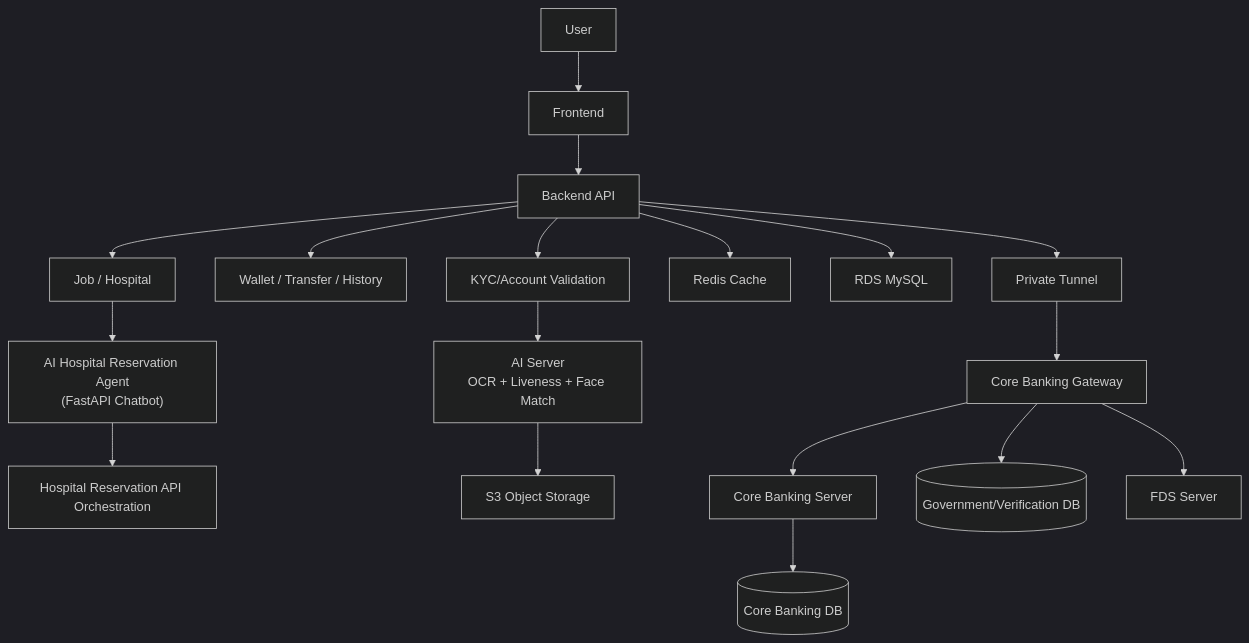
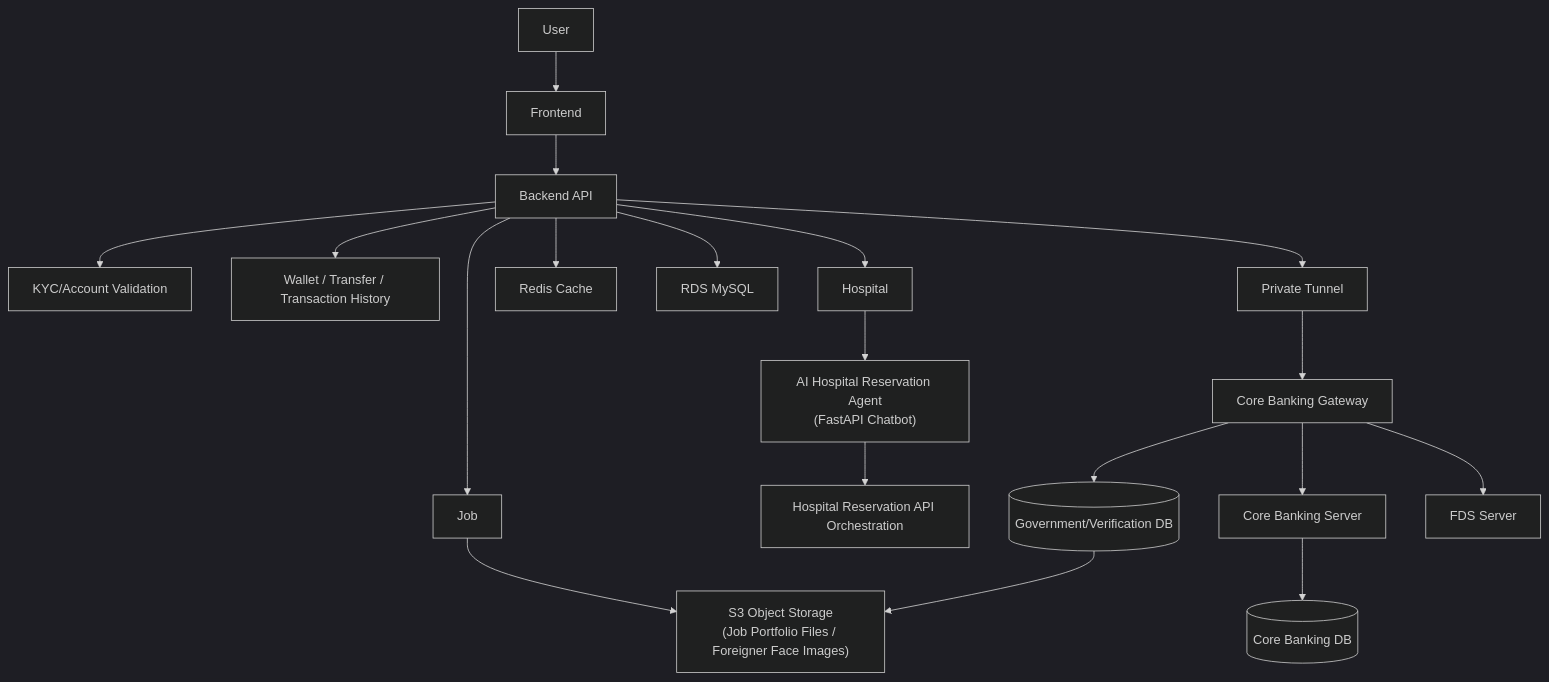
The fourth of 4 diagrams in AGENTS.md (jaepar/NOVA), drawn with Mermaid (dark theme) before and after one commit. The commit also changed other lines of this file, not shown here.

````diff
--- a/AGENTS.md
+++ b/AGENTS.md
@@ -69,25 +70,26 @@
 ```mermaid
 flowchart TD
     User["User"] --> FE["Frontend"]
     FE --> API["Backend API"]
 
     API --> Auth["KYC/Account Validation"]
-    API --> Wallet["Wallet / Transfer / History"]
-    API --> NonFin["Job / Hospital"]
+    API --> Wallet["Wallet / Transfer / Transaction History"]
+    API --> Job["Job"]
+    API --> Hospital["Hospital"]
 
-    Auth --> AIServer["AI Server\nOCR + Liveness + Face Match"]
-    NonFin --> AIChat["AI Hospital Reservation Agent\n(FastAPI Chatbot)"]
+    Hospital --> AIChat["AI Hospital Reservation Agent\n(FastAPI Chatbot)"]
     AIChat --> HospitalApi["Hospital Reservation API Orchestration"]
-    AIServer --> S3["S3 Object Storage"]
+    Job --> S3["S3 Object Storage\n(Job Portfolio Files / Foreigner Face Images)"]
 
     API --> Redis["Redis Cache"]
     API --> DB["RDS MySQL"]
 
     API --> Tunnel["Private Tunnel"]
     Tunnel --> CBG["Core Banking Gateway"]
     CBG --> CBS["Core Banking Server"]
     CBS --> CBD[("Core Banking DB")]
 
     CBG --> Gov[("Government/Verification DB")]
+    Gov --> S3
     CBG --> FDS["FDS Server"]
 ```
````
